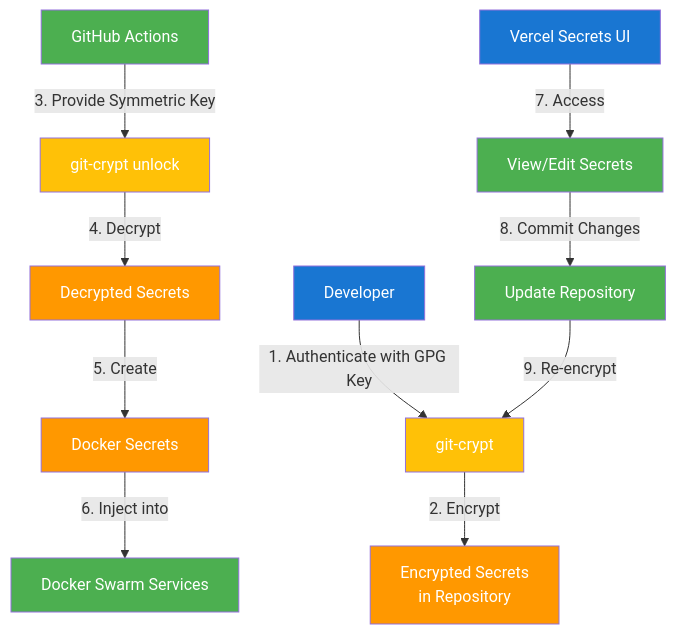
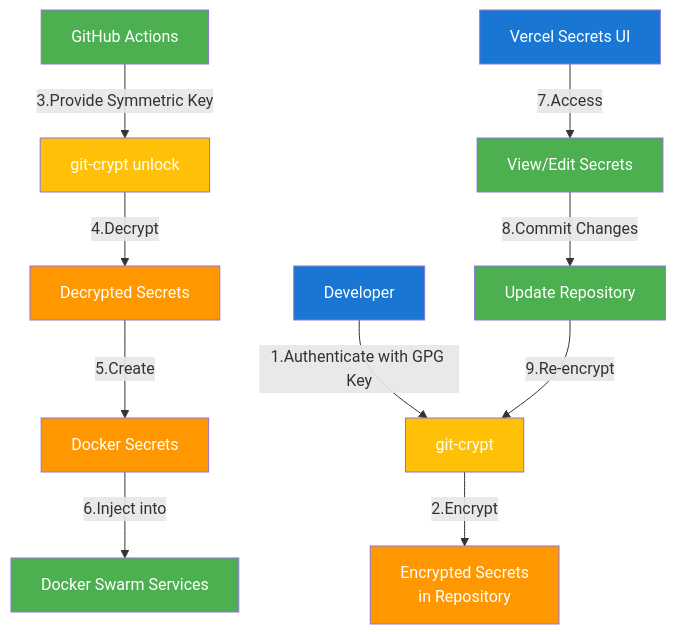
One commit to deepbrainspace/deepbrain-stack changed the fifth of 7 diagrams in documentation/infrastructure-diagrams.md. Above: the diagram before and after it, drawn with Mermaid. The commit also changed other lines of this file, not shown here.

````diff
--- a/documentation/infrastructure-diagrams.md
+++ b/documentation/infrastructure-diagrams.md
@@ -241,25 +241,25 @@
 ```mermaid
 flowchart TD
-    A["Developer"] -->|"1. Authenticate with GPG Key"| B["git-crypt"]
-    B -->|"2. Encrypt"| C["Encrypted Secrets\nin Repository"]
+    A["Developer"] -->|"1.Authenticate with GPG Key"| B["git-crypt"]
+    B -->|"2.Encrypt"| C["Encrypted Secrets<br/>in Repository"]
     
-    D["GitHub Actions"] -->|"3. Provide Symmetric Key"| E["git-crypt unlock"]
-    E --> |"4. Decrypt"| F["Decrypted Secrets"]
+    D["GitHub Actions"] -->|"3.Provide Symmetric Key"| E["git-crypt unlock"]
+    E --> |"4.Decrypt"| F["Decrypted Secrets"]
     
-    F --> |"5. Create"| G["Docker Secrets"]
-    G --> |"6. Inject into"| H["Docker Swarm Services"]
+    F --> |"5.Create"| G["Docker Secrets"]
+    G --> |"6.Inject into"| H["Docker Swarm Services"]
     
-    I["Vercel Secrets UI"] --> |"7. Access"| J["View/Edit Secrets"]
-    J --> |"8. Commit Changes"| K["Update Repository"]
-    K --> |"9. Re-encrypt"| B
+    I["Vercel Secrets UI"] --> |"7.Access"| J["View/Edit Secrets"]
+    J --> |"8.Commit Changes"| K["Update Repository"]
+    K --> |"9.Re-encrypt"| B
     
     classDef user fill:#1976D2,color:white;
     classDef crypto fill:#FFC107,color:white;
     classDef storage fill:#FF9800,color:white;
     classDef service fill:#4CAF50,color:white;
     
     class A,I user;
     class B,E crypto;
     class C,F,G storage;
     class D,H,J,K service;
 ```
````
